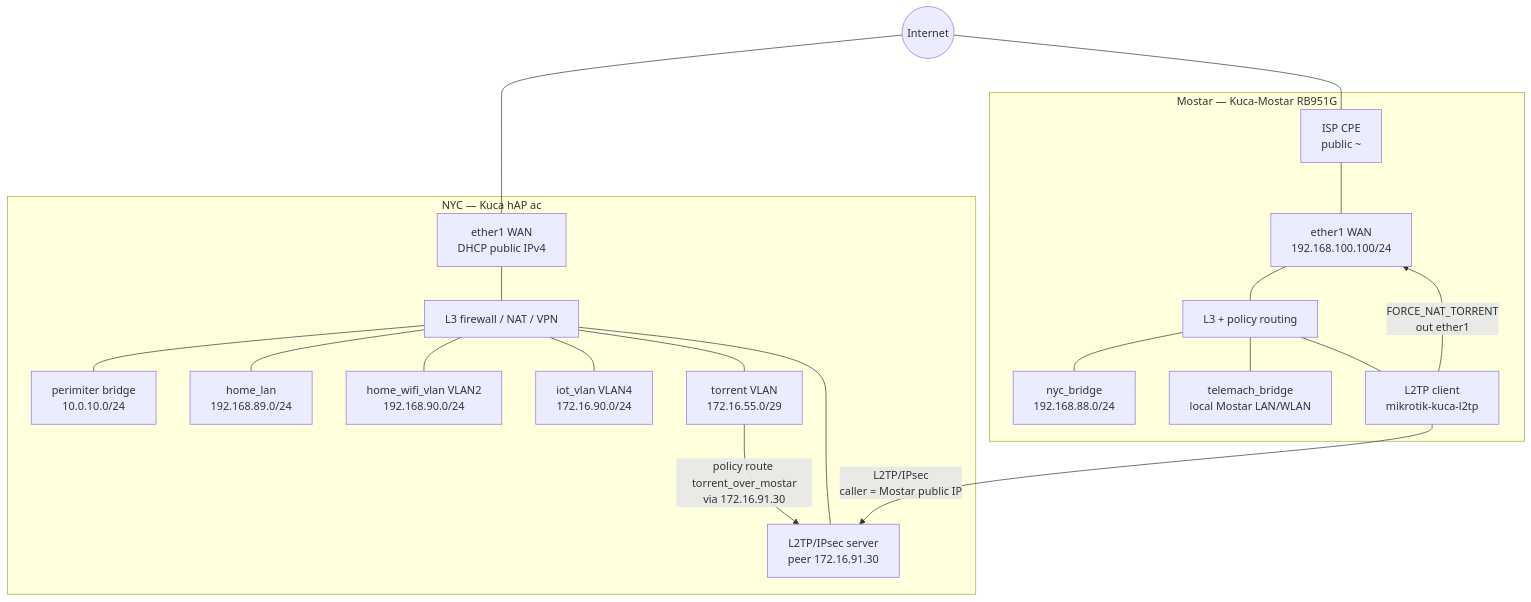
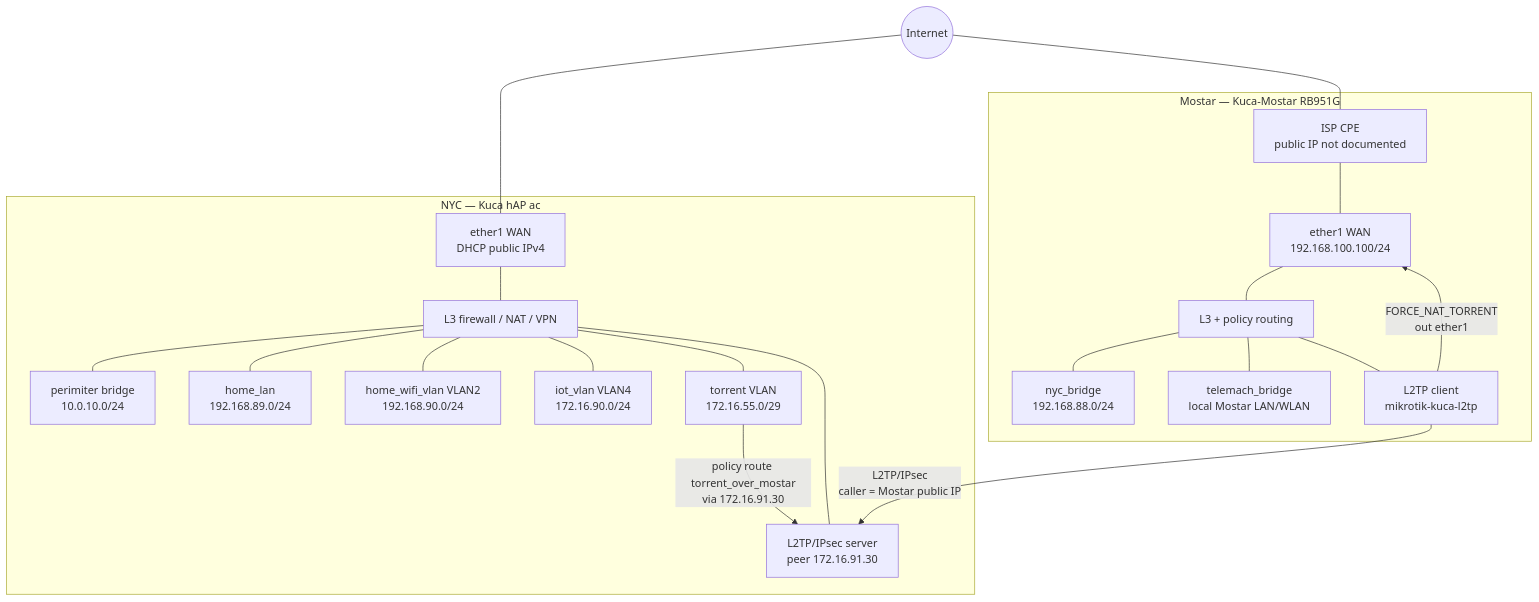
The first of 4 diagrams in infrastructure/networking.md (zlatko-lakisic/My-Futuristic-Home), drawn with Mermaid before and after one commit.

Commit message:
Remove WAN and VPN peer addresses from the docs.
Replaces public WAN addresses and VPN peer endpoints with placeholders
in the sanitized router export and the network diagram.

````diff
--- a/infrastructure/networking.md
+++ b/infrastructure/networking.md
@@ -9,34 +9,34 @@
 ```mermaid
 flowchart TB
   Internet((Internet))
 
   subgraph NYC["NYC — Kuca hAP ac"]
     NYC_WAN["ether1 WAN<br/>DHCP public IPv4"]
     NYC_R["L3 firewall / NAT / VPN"]
     PER["perimiter bridge<br/>10.0.10.0/24"]
     HOME["home_lan<br/>192.168.89.0/24"]
     WIFI["home_wifi_vlan VLAN2<br/>192.168.90.0/24"]
     IOT["iot_vlan VLAN4<br/>172.16.90.0/24"]
     TOR["torrent VLAN<br/>172.16.55.0/29"]
     L2TP_SRV["L2TP/IPsec server<br/>peer 172.16.91.30"]
     NYC_WAN --- NYC_R
     NYC_R --- PER & HOME & WIFI & IOT & TOR & L2TP_SRV
   end
 
   subgraph MOST["Mostar — Kuca-Mostar RB951G"]
-    CPE["ISP CPE<br/>public ~<REDACTED_WAN_IP>"]
+    CPE["ISP CPE<br/>public IP not documented"]
     MOST_WAN["ether1 WAN<br/>192.168.100.100/24"]
     MOST_R["L3 + policy routing"]
     NYC_BR["nyc_bridge<br/>192.168.88.0/24"]
     TEL_BR["telemach_bridge<br/>local Mostar LAN/WLAN"]
     L2TP_CLI["L2TP client<br/>mikrotik-kuca-l2tp"]
     CPE --- MOST_WAN --- MOST_R
     MOST_R --- NYC_BR & TEL_BR & L2TP_CLI
   end
 
   Internet --- NYC_WAN
   Internet --- CPE
   L2TP_CLI -->|"L2TP/IPsec<br/>caller = Mostar public IP"| L2TP_SRV
   TOR -->|"policy route torrent_over_mostar<br/>via 172.16.91.30"| L2TP_SRV
   L2TP_CLI -->|"FORCE_NAT_TORRENT<br/>out ether1"| MOST_WAN
 ```
````
